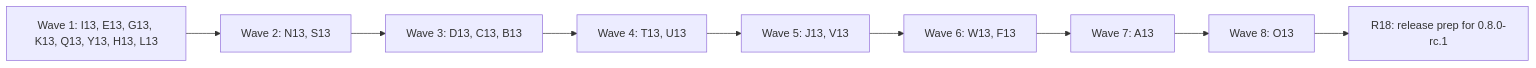
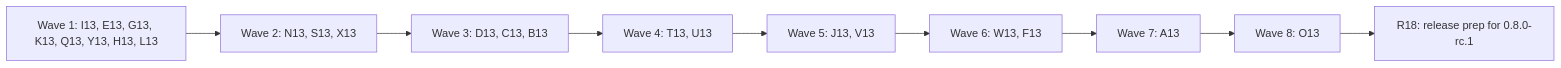
The diagram in docs/plan-0.8.0.md (alfhen/tagreeve), drawn with Mermaid before and after one commit. The commit also changed other lines of this file, not shown here.

````diff
--- a/docs/plan-0.8.0.md
+++ b/docs/plan-0.8.0.md
@@ -96,11 +96,11 @@
 ```mermaid
 flowchart LR
-  W1["Wave 1: I13, E13, G13, K13, Q13, Y13, H13, L13"] --> W2["Wave 2: N13, S13"]
+  W1["Wave 1: I13, E13, G13, K13, Q13, Y13, H13, L13"] --> W2["Wave 2: N13, S13, X13"]
   W2 --> W3["Wave 3: D13, C13, B13"]
   W3 --> W4["Wave 4: T13, U13"]
   W4 --> W5["Wave 5: J13, V13"]
   W5 --> W6["Wave 6: W13, F13"]
   W6 --> W7["Wave 7: A13"]
   W7 --> W8["Wave 8: O13"]
   W8 --> R["R18: release prep for 0.8.0-rc.1"]
 ```
````
